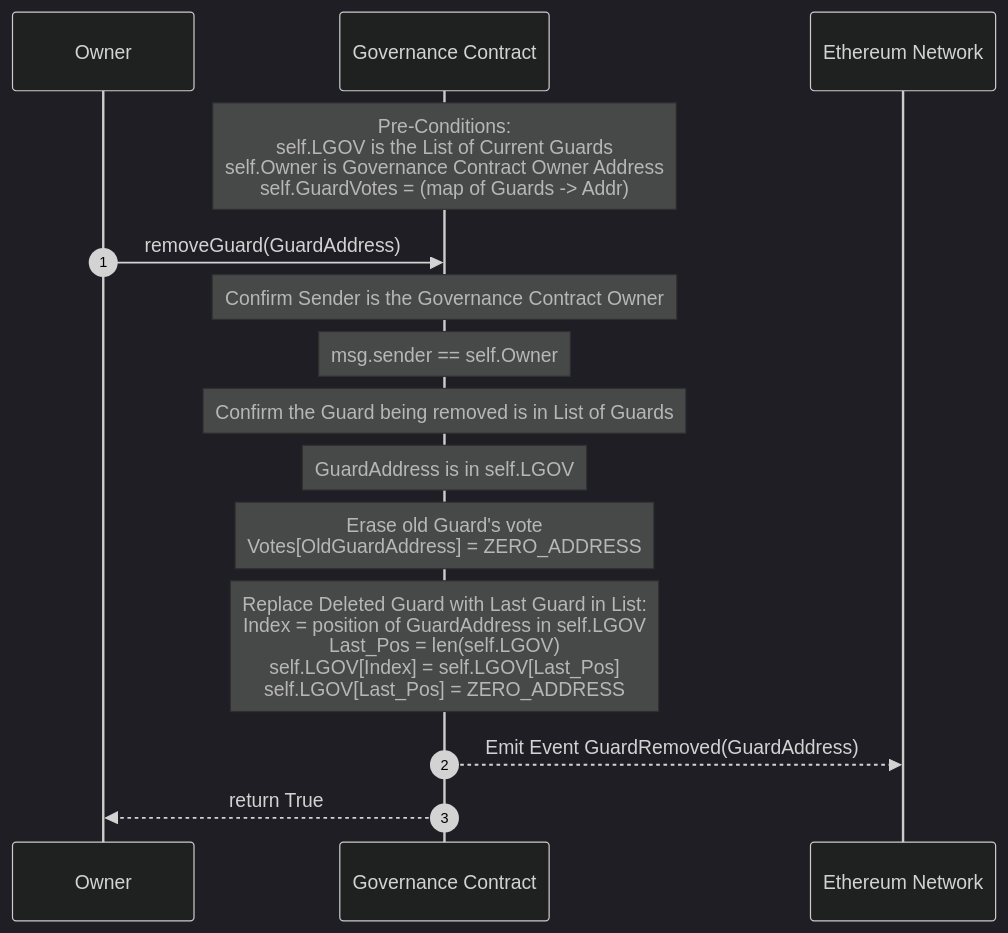
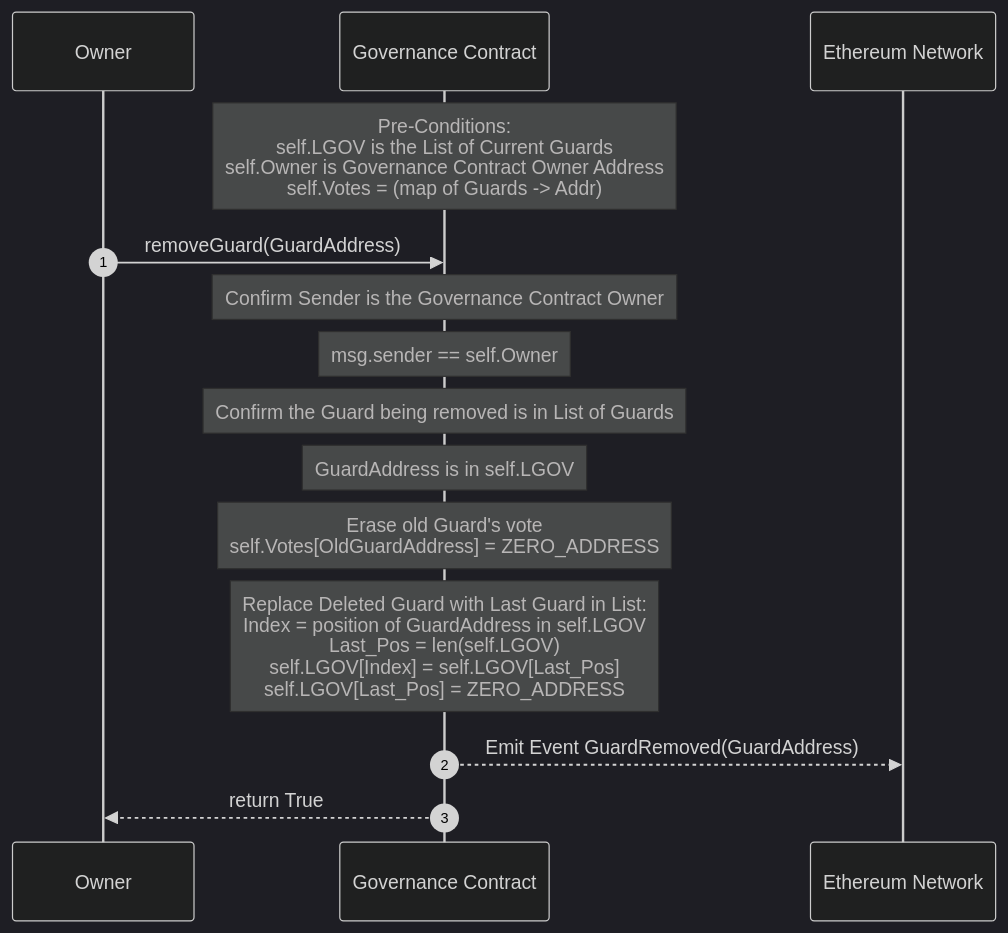
Before and after one commit to DynamoFinance/vault: the seventh of 9 diagrams in docs/Governance.md, drawn with Mermaid (dark theme). The commit also changed other lines of this file, not shown here.

Commit message:
Small corrections in replaceGovernance logic.

````diff
--- a/docs/Governance.md
+++ b/docs/Governance.md
@@ -313,26 +313,26 @@
 ```mermaid
 sequenceDiagram
 
     participant OG as Owner
     participant C1 as Governance Contract
     participant N as Ethereum Network
     autonumber
 
 
-    Note over C1: Pre-Conditions: <br> self.LGOV is the List of Current Guards <br> self.Owner is Governance Contract Owner Address <br>self.GuardVotes = (map of Guards -> Addr)
+    Note over C1: Pre-Conditions: <br> self.LGOV is the List of Current Guards <br> self.Owner is Governance Contract Owner Address <br>self.Votes = (map of Guards -> Addr)
     OG->>C1: removeGuard(GuardAddress)
 
     Note over C1: Confirm Sender is the Governance Contract Owner
     Note over C1: msg.sender == self.Owner
     Note over C1: Confirm the Guard being removed is in List of Guards
     Note over C1: GuardAddress is in self.LGOV
 
-    Note over C1: Erase old Guard's vote<br>Votes[OldGuardAddress] = ZERO_ADDRESS    
+    Note over C1: Erase old Guard's vote<br>self.Votes[OldGuardAddress] = ZERO_ADDRESS    
 
     Note over C1: Replace Deleted Guard with Last Guard in List: <br> Index = position of GuardAddress in self.LGOV <br> Last_Pos = len(self.LGOV)<br> self.LGOV[Index] = self.LGOV[Last_Pos] <br> self.LGOV[Last_Pos] = ZERO_ADDRESS
     
 
     C1-->>N: Emit Event GuardRemoved(GuardAddress)
 
     C1-->>OG: return True
 ```
````
